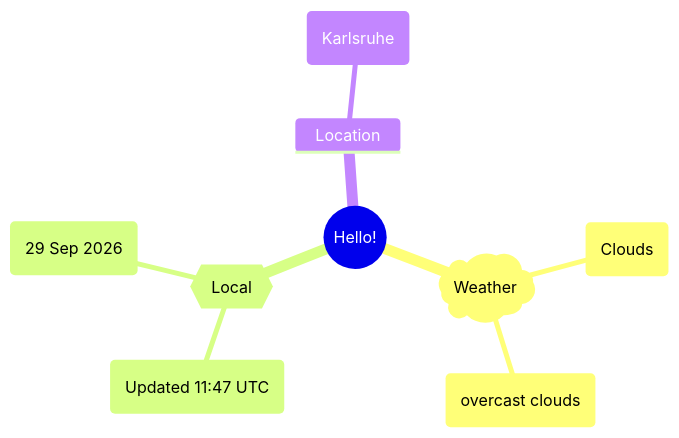
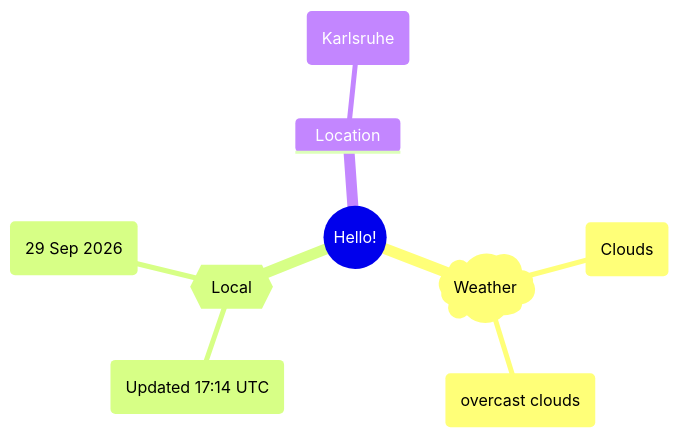
One commit to Xosrov/Xosrov changed the first of 2 diagrams in README.md. Above: the diagram before and after it, drawn with Mermaid.

Commit message:
[bot] updated images

````diff
--- a/README.md
+++ b/README.md
@@ -3,12 +3,12 @@
 ```mermaid
 mindmap
   root((Hello!))
     )Weather(
         (Clouds)
         (overcast clouds)
     {{Local}}
-        (Updated 11:47 UTC)
+        (Updated 17:14 UTC)
         (29 Sep 2026)
     Location
         (Karlsruhe)
 ```
````
